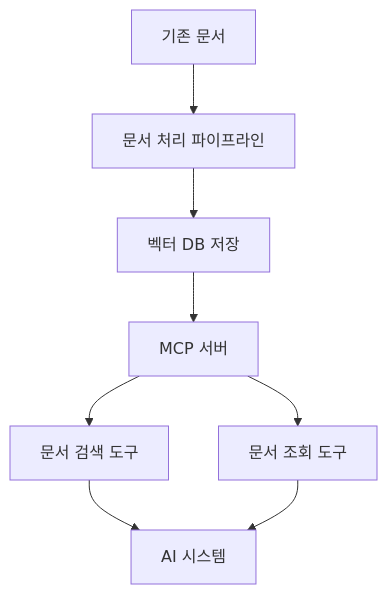
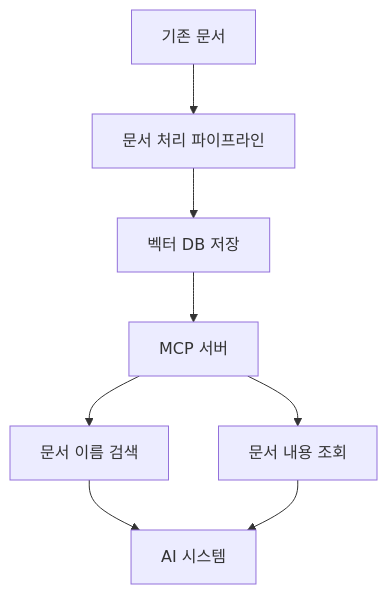
One commit to jaehwang/agentic_dev changed the first of 2 diagrams in projectbrief.md. Above: the diagram before and after it, drawn with Mermaid. The commit also changed 2 other files, not shown here.

Commit message:
Add CaD framework and AVN application design documents

````diff
--- a/projectbrief.md
+++ b/projectbrief.md
@@ -20,10 +20,10 @@
 ```mermaid
 graph TD
     A[기존 문서] --> B[문서 처리 파이프라인]
     B --> C[벡터 DB 저장]
     C --> D[MCP 서버]
-    D --> E[문서 검색 도구]
-    D --> F[문서 조회 도구]
+    D --> E[문서 이름 검색]
+    D --> F[문서 내용 조회]
     E --> G[AI 시스템]
     F --> G
 ```
````
